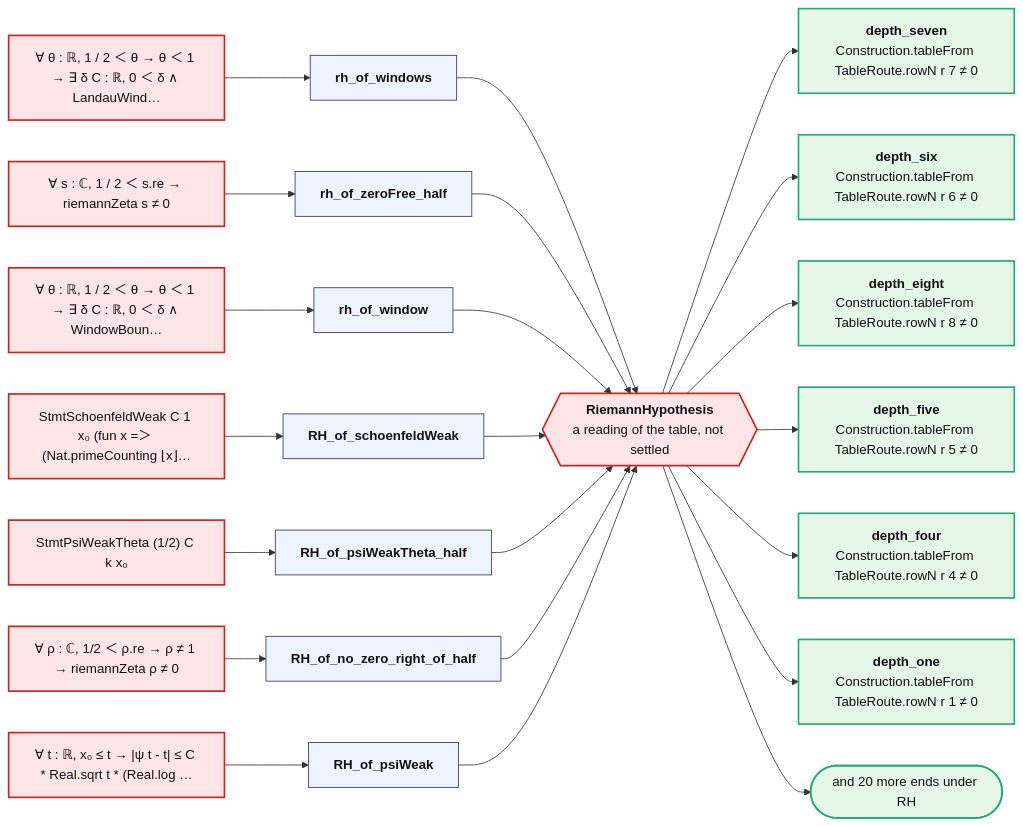
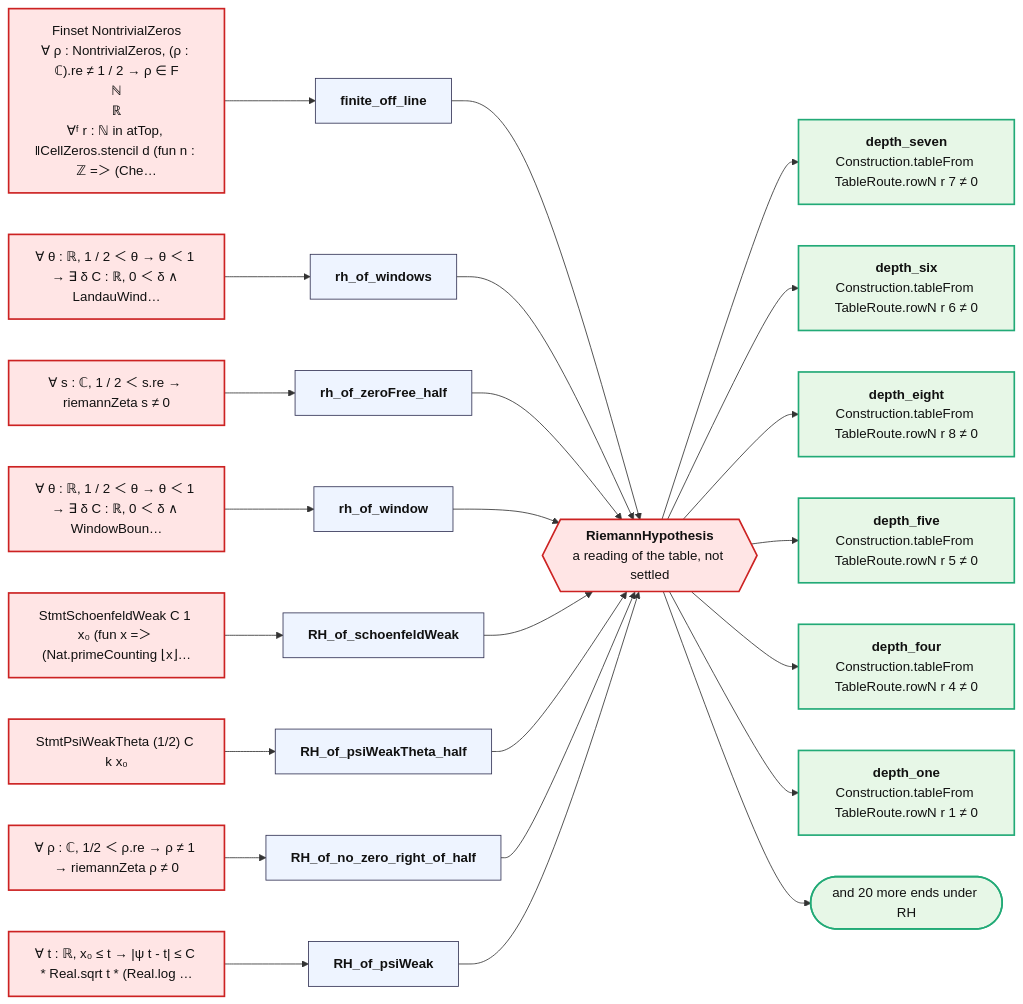
One commit to juliansambranojr/Primebeat_081426 changed the diagram in map/ROAD.md. Above: the diagram before and after it, drawn with Mermaid. The commit also changed other lines of this file and 54 other files, not shown here.

````diff
--- a/map/ROAD.md
+++ b/map/ROAD.md
@@ -5,47 +5,50 @@
 ```mermaid
 flowchart LR
   rh{{"<b>RiemannHypothesis</b><br/>a reading of the table, not settled"}}:::bad
-  p0["∀ θ : ℝ, 1 / 2 ＜ θ → θ ＜ 1 → ∃ δ C : ℝ, 0 ＜ δ ∧ LandauWind…"]:::bad
-  t0["<b>rh_of_windows</b>"]:::thm
+  p0["Finset NontrivialZeros<br/>∀ ρ : NontrivialZeros, (ρ : ℂ).re ≠ 1 / 2 → ρ ∈ F<br/>ℕ<br/>ℝ<br/>∀ᶠ r : ℕ in atTop, ‖CellZeros.stencil d (fun n : ℤ =＞ (Che…"]:::bad
+  t0["<b>finite_off_line</b>"]:::thm
   p0 --> t0 --> rh
-  p1["∀ s : ℂ, 1 / 2 ＜ s.re → riemannZeta s ≠ 0"]:::bad
-  t1["<b>rh_of_zeroFree_half</b>"]:::thm
+  p1["∀ θ : ℝ, 1 / 2 ＜ θ → θ ＜ 1 → ∃ δ C : ℝ, 0 ＜ δ ∧ LandauWind…"]:::bad
+  t1["<b>rh_of_windows</b>"]:::thm
   p1 --> t1 --> rh
-  p2["∀ θ : ℝ, 1 / 2 ＜ θ → θ ＜ 1 → ∃ δ C : ℝ, 0 ＜ δ ∧ WindowBoun…"]:::bad
-  t2["<b>rh_of_window</b>"]:::thm
+  p2["∀ s : ℂ, 1 / 2 ＜ s.re → riemannZeta s ≠ 0"]:::bad
+  t2["<b>rh_of_zeroFree_half</b>"]:::thm
   p2 --> t2 --> rh
-  p3["StmtSchoenfeldWeak C 1 x₀ (fun x =＞ (Nat.primeCounting ⌊x⌋…"]:::bad
-  t3["<b>RH_of_schoenfeldWeak</b>"]:::thm
+  p3["∀ θ : ℝ, 1 / 2 ＜ θ → θ ＜ 1 → ∃ δ C : ℝ, 0 ＜ δ ∧ WindowBoun…"]:::bad
+  t3["<b>rh_of_window</b>"]:::thm
   p3 --> t3 --> rh
-  p4["StmtPsiWeakTheta (1/2) C k x₀"]:::bad
-  t4["<b>RH_of_psiWeakTheta_half</b>"]:::thm
+  p4["StmtSchoenfeldWeak C 1 x₀ (fun x =＞ (Nat.primeCounting ⌊x⌋…"]:::bad
+  t4["<b>RH_of_schoenfeldWeak</b>"]:::thm
   p4 --> t4 --> rh
-  p5["∀ ρ : ℂ, 1/2 ＜ ρ.re → ρ ≠ 1 → riemannZeta ρ ≠ 0"]:::bad
-  t5["<b>RH_of_no_zero_right_of_half</b>"]:::thm
+  p5["StmtPsiWeakTheta (1/2) C k x₀"]:::bad
+  t5["<b>RH_of_psiWeakTheta_half</b>"]:::thm
   p5 --> t5 --> rh
-  p6["∀ t : ℝ, x₀ ≤ t → |ψ t - t| ≤ C * Real.sqrt t * (Real.log …"]:::bad
-  t6["<b>RH_of_psiWeak</b>"]:::thm
+  p6["∀ ρ : ℂ, 1/2 ＜ ρ.re → ρ ≠ 1 → riemannZeta ρ ≠ 0"]:::bad
+  t6["<b>RH_of_no_zero_right_of_half</b>"]:::thm
   p6 --> t6 --> rh
+  p7["∀ t : ℝ, x₀ ≤ t → |ψ t - t| ≤ C * Real.sqrt t * (Real.log …"]:::bad
+  t7["<b>RH_of_psiWeak</b>"]:::thm
+  p7 --> t7 --> rh
   e0["<b>depth_seven</b><br/>Construction.tableFrom TableRoute.rowN r 7 ≠ 0"]:::end_
   rh --> e0
   e1["<b>depth_six</b><br/>Construction.tableFrom TableRoute.rowN r 6 ≠ 0"]:::end_
   rh --> e1
   e2["<b>depth_eight</b><br/>Construction.tableFrom TableRoute.rowN r 8 ≠ 0"]:::end_
   rh --> e2
   e3["<b>depth_five</b><br/>Construction.tableFrom TableRoute.rowN r 5 ≠ 0"]:::end_
   rh --> e3
   e4["<b>depth_four</b><br/>Construction.tableFrom TableRoute.rowN r 4 ≠ 0"]:::end_
   rh --> e4
   e5["<b>depth_one</b><br/>Construction.tableFrom TableRoute.rowN r 1 ≠ 0"]:::end_
   rh --> e5
   more(["and 20 more ends under RH"]):::end_
   rh --> more
   classDef cnt fill:#dff5ec,stroke:#17694a,color:#111
   classDef shp fill:#f1ecfb,stroke:#5b3fa0,color:#111
   classDef rh fill:#ffe5e5,stroke:#c22,color:#111,stroke-width:2px
   classDef thm fill:#eef4ff,stroke:#335,color:#111
   classDef end_ fill:#e7f7e7,stroke:#2a7,color:#111,stroke-width:2px
   classDef lone fill:#fff,stroke:#999,color:#111,stroke-dasharray:4 3
   classDef bad fill:#ffe5e5,stroke:#c22,color:#111,stroke-width:2px
   classDef ext fill:#fff8e1,stroke:#b80,color:#111
 ```
````
